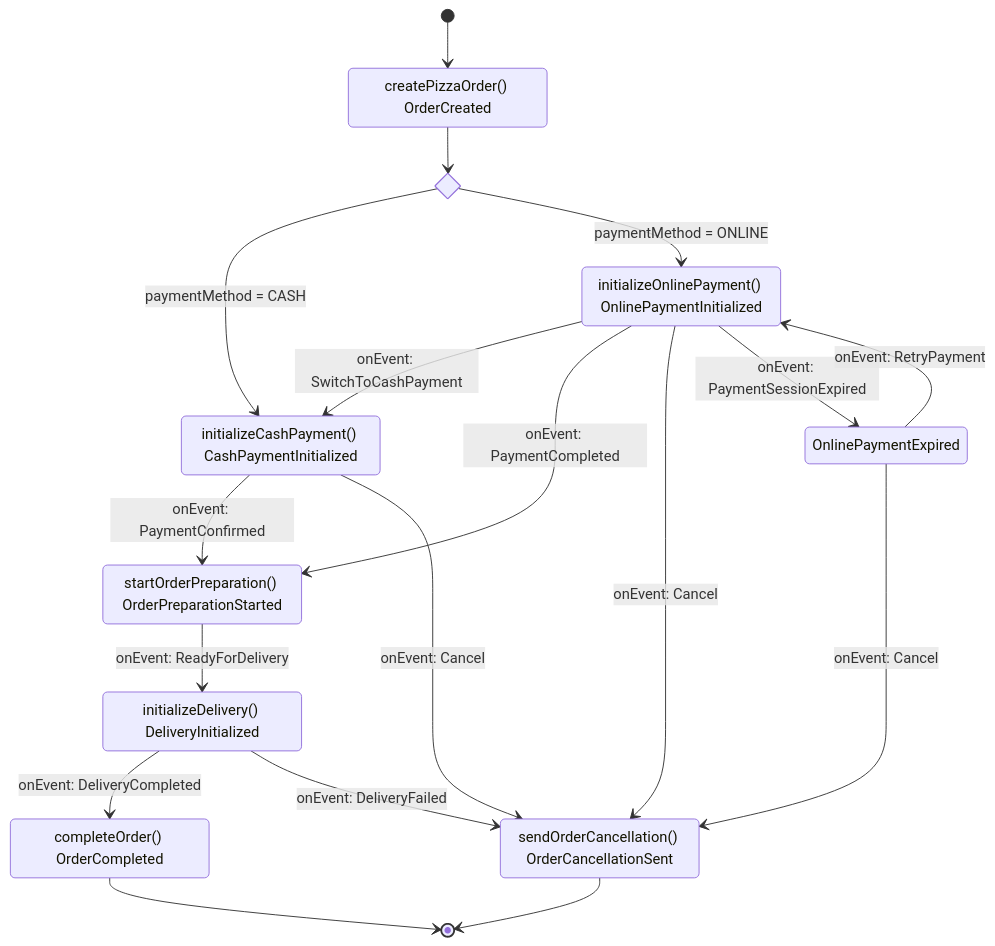
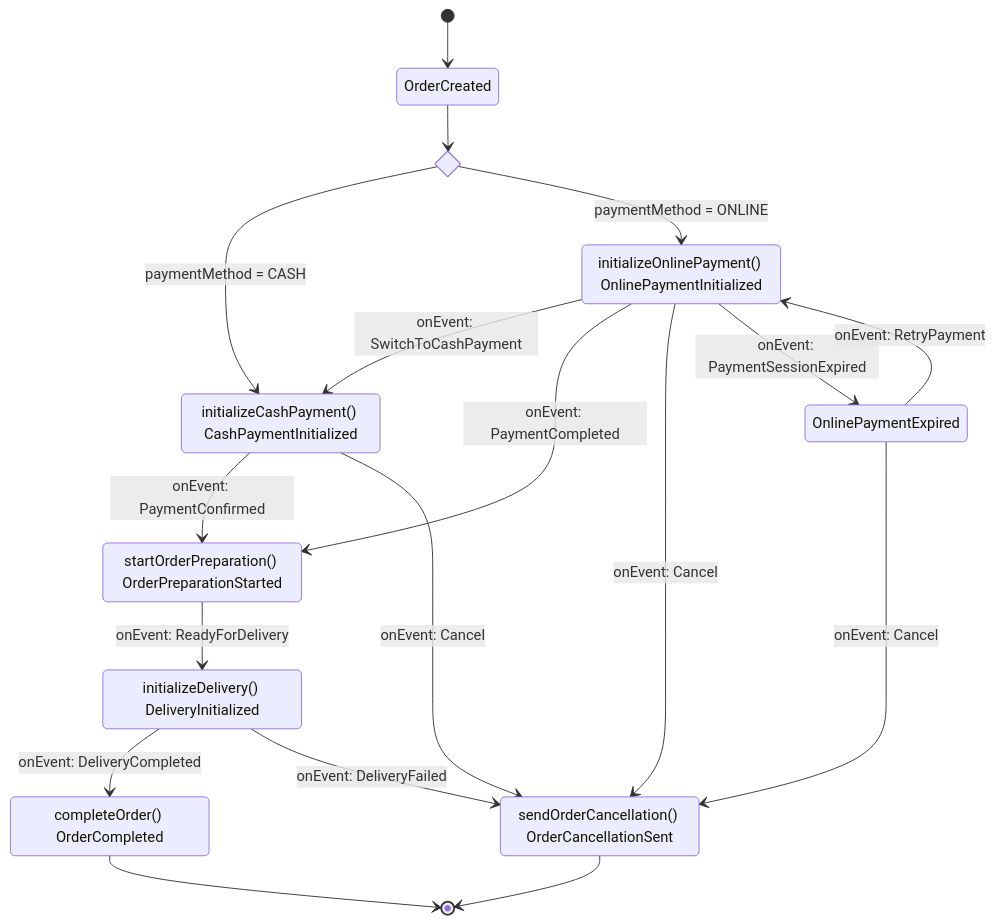
One commit to marcingurbisz/flowlite changed the diagram in README.md. Above: the diagram before and after it, drawn with Mermaid. The commit also changed other lines of this file and 3 other files, not shown here.

Commit message:
Add start status param to FlowBuilder and remove New order status

````diff
--- a/README.md
+++ b/README.md
@@ -51,31 +49,31 @@
 ```mermaid
 stateDiagram-v2
     state if_payment_method <<choice>>
     
     [*] --> OrderCreated
     OrderCancellationSent --> [*]
-    OrderCreated: createPizzaOrder() OrderCreated
+    OrderCreated: OrderCreated
     OrderCreated --> if_payment_method
     if_payment_method --> CashPaymentInitialized: paymentMethod = CASH
     if_payment_method --> OnlinePaymentInitialized: paymentMethod = ONLINE
     CashPaymentInitialized: initializeCashPayment() CashPaymentInitialized
     CashPaymentInitialized --> OrderPreparationStarted: onEvent#58; PaymentConfirmed
     CashPaymentInitialized --> OrderCancellationSent: onEvent#58; Cancel
     OnlinePaymentInitialized: initializeOnlinePayment() OnlinePaymentInitialized
     OnlinePaymentInitialized --> CashPaymentInitialized: onEvent#58; SwitchToCashPayment
     OnlinePaymentInitialized --> OrderPreparationStarted: onEvent#58; PaymentCompleted
     OnlinePaymentInitialized --> OrderCancellationSent: onEvent#58; Cancel 
     OnlinePaymentInitialized --> OnlinePaymentExpired: onEvent#58; PaymentSessionExpired
     OnlinePaymentExpired --> OnlinePaymentInitialized: onEvent#58; RetryPayment
     OnlinePaymentExpired --> OrderCancellationSent: onEvent#58; Cancel
     OrderPreparationStarted: startOrderPreparation() OrderPreparationStarted
     OrderPreparationStarted --> DeliveryInitialized: onEvent#58; ReadyForDelivery
      
     DeliveryInitialized: initializeDelivery() DeliveryInitialized
     DeliveryInitialized --> OrderCompleted: onEvent#58; DeliveryCompleted
     DeliveryInitialized --> OrderCancellationSent: onEvent#58; DeliveryFailed
     
     OrderCompleted: completeOrder() OrderCompleted
     OrderCancellationSent: sendOrderCancellation() OrderCancellationSent
     OrderCompleted --> [*]
 ```
````
